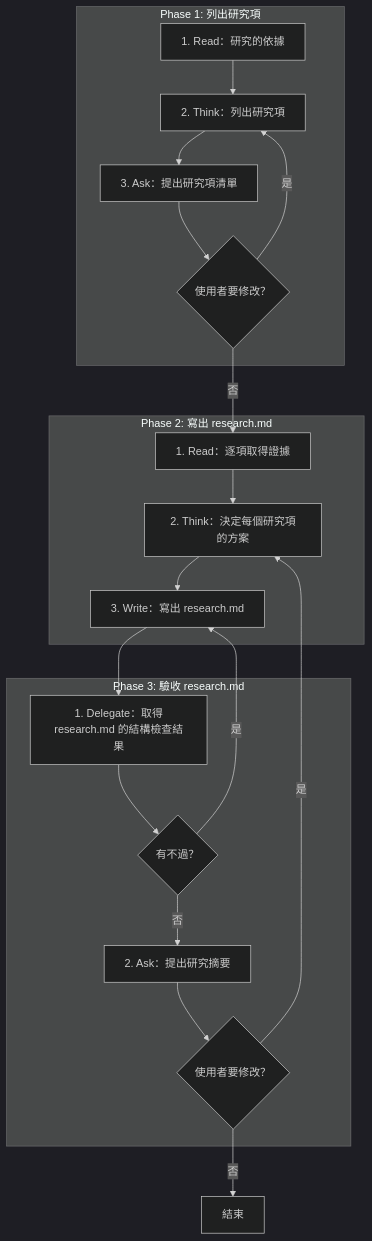
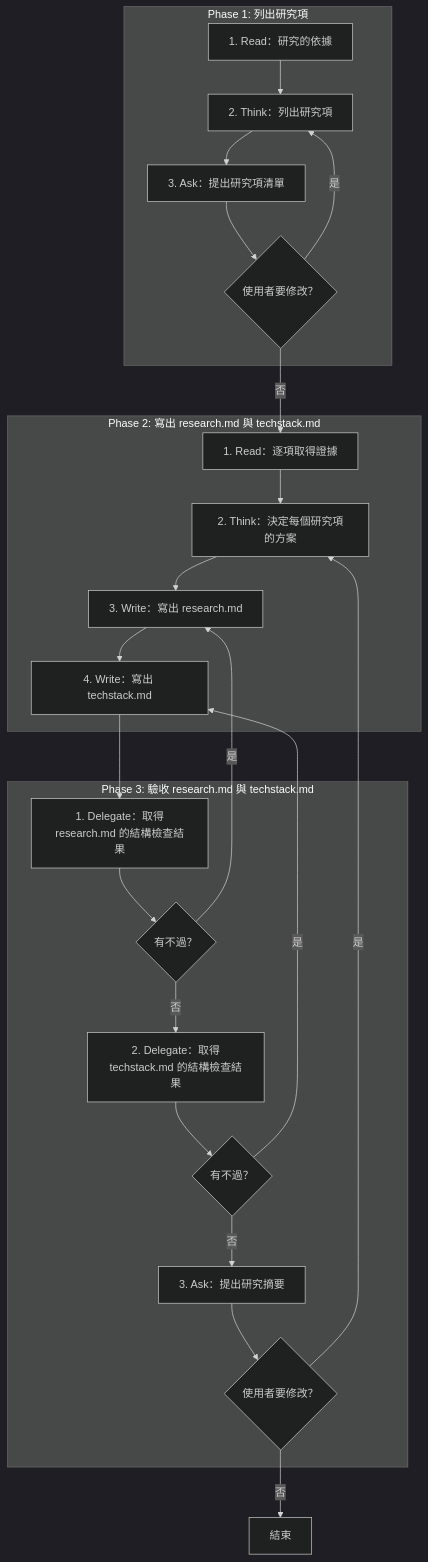
One commit to AI-x-BDD/BDGG-Dev-Skills changed the diagram in .claude/skills/technical-research/SKILL.md. Above: the diagram before and after it, drawn with Mermaid (dark theme). The commit also changed other lines of this file and 3 other files, not shown here.

First line of the commit message:
feat: technical-research 多交一份技術堆疊總結 techstack.md

````diff
--- a/.claude/skills/technical-research/SKILL.md
+++ b/.claude/skills/technical-research/SKILL.md
@@ -25,35 +27,42 @@
 ```mermaid
 flowchart TD
     subgraph P1["Phase 1: 列出研究項"]
         P1S1["1. Read：研究的依據"]
         P1S2["2. Think：列出研究項"]
         P1S3["3. Ask：提出研究項清單"]
         G_P1S3_1{"使用者要修改？"}
     end
-    subgraph P2["Phase 2: 寫出 research.md"]
+    subgraph P2["Phase 2: 寫出 research.md 與 techstack.md"]
         P2S1["1. Read：逐項取得證據"]
         P2S2["2. Think：決定每個研究項的方案"]
         P2S3["3. Write：寫出 research.md"]
+        P2S4["4. Write：寫出 techstack.md"]
     end
-    subgraph P3["Phase 3: 驗收 research.md"]
+    subgraph P3["Phase 3: 驗收 research.md 與 techstack.md"]
         P3S1["1. Delegate：取得<br/>research.md 的結構檢查結果"]
         G_P3S1_1{"有不過？"}
-        P3S2["2. Ask：提出研究摘要"]
-        G_P3S2_1{"使用者要修改？"}
+        P3S2["2. Delegate：取得<br/>techstack.md 的結構檢查結果"]
+        G_P3S2_1{"有不過？"}
+        P3S3["3. Ask：提出研究摘要"]
+        G_P3S3_1{"使用者要修改？"}
     end
     End["結束"]
     P1S1 --> P1S2
     P1S2 --> P1S3
     P1S3 --> G_P1S3_1
     G_P1S3_1 -->|是| P1S2
     G_P1S3_1 -->|否| P2S1
     P2S1 --> P2S2
     P2S2 --> P2S3
-    P2S3 --> P3S1
+    P2S3 --> P2S4
+    P2S4 --> P3S1
     P3S1 --> G_P3S1_1
     G_P3S1_1 -->|是| P2S3
     G_P3S1_1 -->|否| P3S2
     P3S2 --> G_P3S2_1
-    G_P3S2_1 -->|是| P2S2
-    G_P3S2_1 -->|否| End
+    G_P3S2_1 -->|是| P2S4
+    G_P3S2_1 -->|否| P3S3
+    P3S3 --> G_P3S3_1
+    G_P3S3_1 -->|是| P2S2
+    G_P3S3_1 -->|否| End
 ```
````
